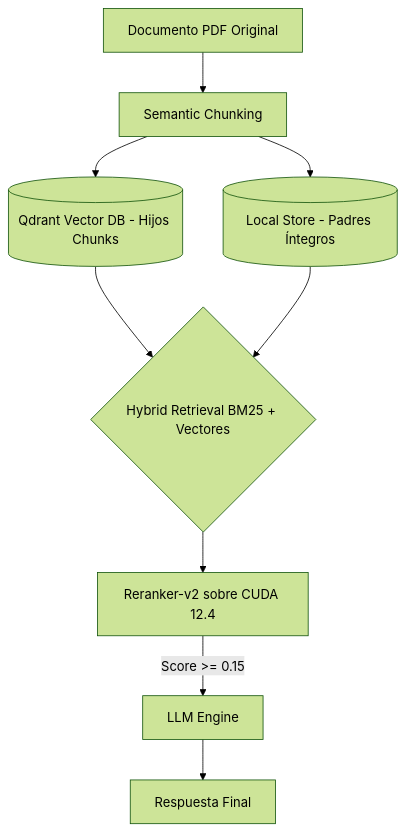
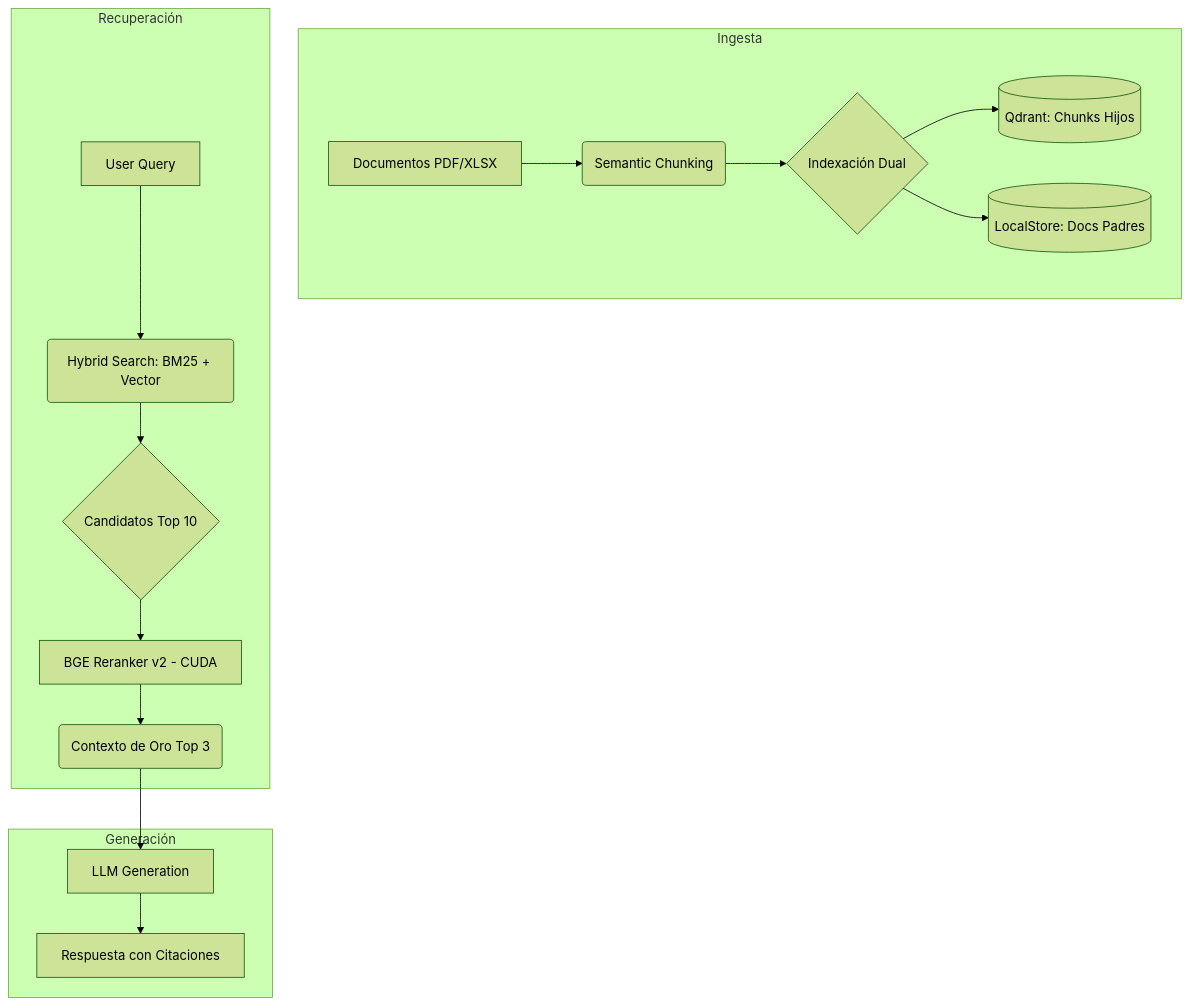
One commit to berniehans/AxiomRAG changed the diagram in README.md. Above: the diagram before and after it, drawn with Mermaid (forest theme).

Commit message:
Update README mermaid architecture diagram
Reemplaza y amplía el diagrama mermaid en README.md para detallar el pipeline. Añade subgráficos Ingesta / Recuperación / Generación, reestructura y renombra nodos (Documentos PDF/XLSX → Semantic Chunking → Indexación Dual: Qdrant chunks hijos y LocalStore docs padres), especifica búsqueda híbrida (BM25 + vectores) que produce candidatos top 10, incorpora BGE Reranker v2 sobre CUDA para obtener contexto top 3 y finalmente LLM generation que devuelve respuesta con citaciones. Mejora la claridad y el flujo arquitectónico del README.

````diff
--- a/README.md
+++ b/README.md
@@ -32,12 +32,21 @@
 ```mermaid
 graph TD
-    DOC[Documento PDF Original] --> SC[Semantic Chunking]
-    SC --> Q[(Qdrant Vector DB - Hijos Chunks)]
-    SC --> LS[(Local Store - Padres Íntegros)]
-    
-    Q --> HR{Hybrid Retrieval BM25 + Vectores}
-    LS --> HR
-    HR --> RR[Reranker-v2 sobre CUDA 12.4]
-    RR -- "Score >= 0.15" --> LLM[LLM Engine]
-    LLM --> OUT[Respuesta Final]
+    subgraph Ingesta
+        A[Documentos PDF/XLSX] --> B(Semantic Chunking)
+        B --> C{Indexación Dual}
+        C --> D[(Qdrant: Chunks Hijos)]
+        C --> E[(LocalStore: Docs Padres)]
+    end
+
+    subgraph Recuperación
+        F[User Query] --> G(Hybrid Search: BM25 + Vector)
+        G --> H{Candidatos Top 10}
+        H --> I[BGE Reranker v2 - CUDA]
+        I --> J(Contexto de Oro Top 3)
+    end
+
+    subgraph Generación
+        J --> K[LLM Generation]
+        K --> L[Respuesta con Citaciones]
+    end
 ```
````
